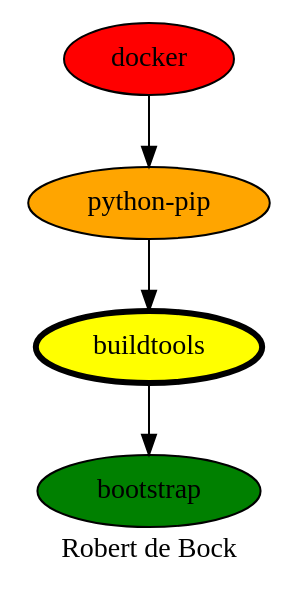
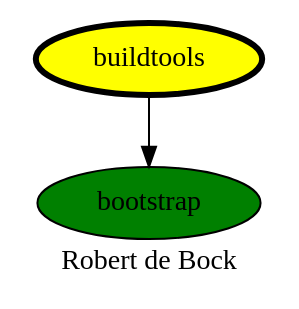
Before and after one commit to robertdebock/drawings: the diagram in buildtools.dot, drawn with Graphviz. The commit also changed 12 other files, not shown here.

```diff
--- a/buildtools.dot
+++ b/buildtools.dot
@@ -1,13 +1,9 @@
 digraph PhiloDilemma {
   label = "Robert de Bock" ;
   overlap=false
   {
     bootstrap [fillcolor=green style=filled]
     buildtools [fillcolor=yellow style=filled penwidth=3]
-    "python-pip" [fillcolor=orange style=filled]
-    docker [fillcolor=red style=filled]
   }
   buildtools -> bootstrap
-  "python-pip" -> buildtools
-  docker -> "python-pip"
 }
```
